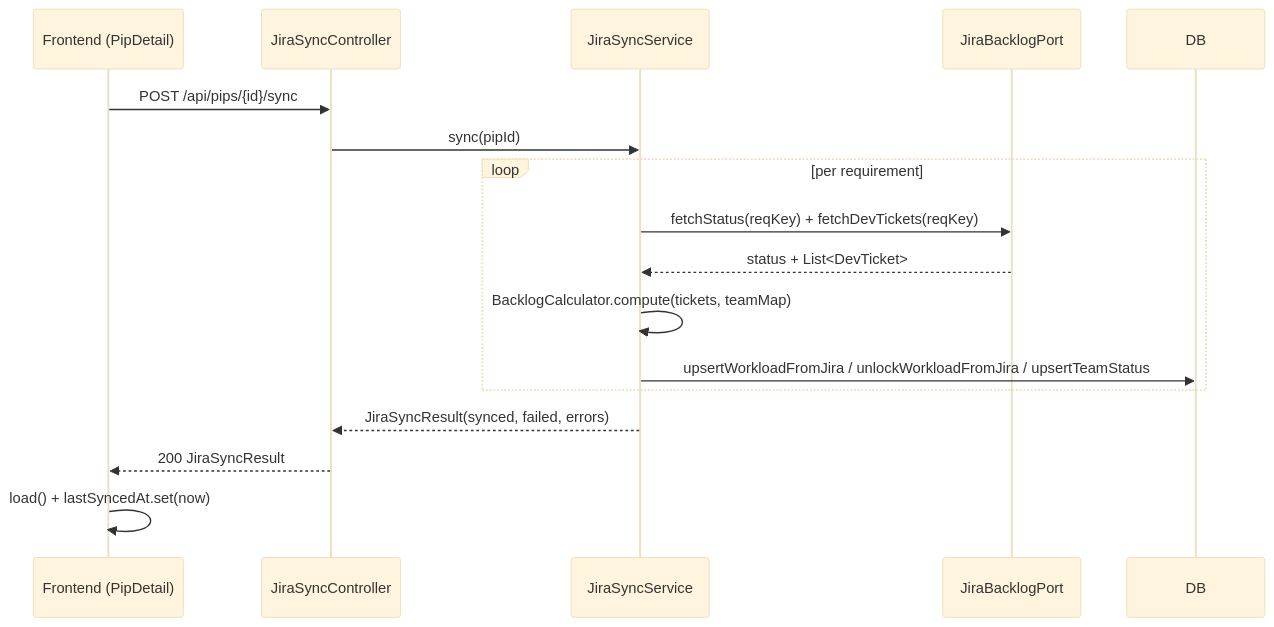
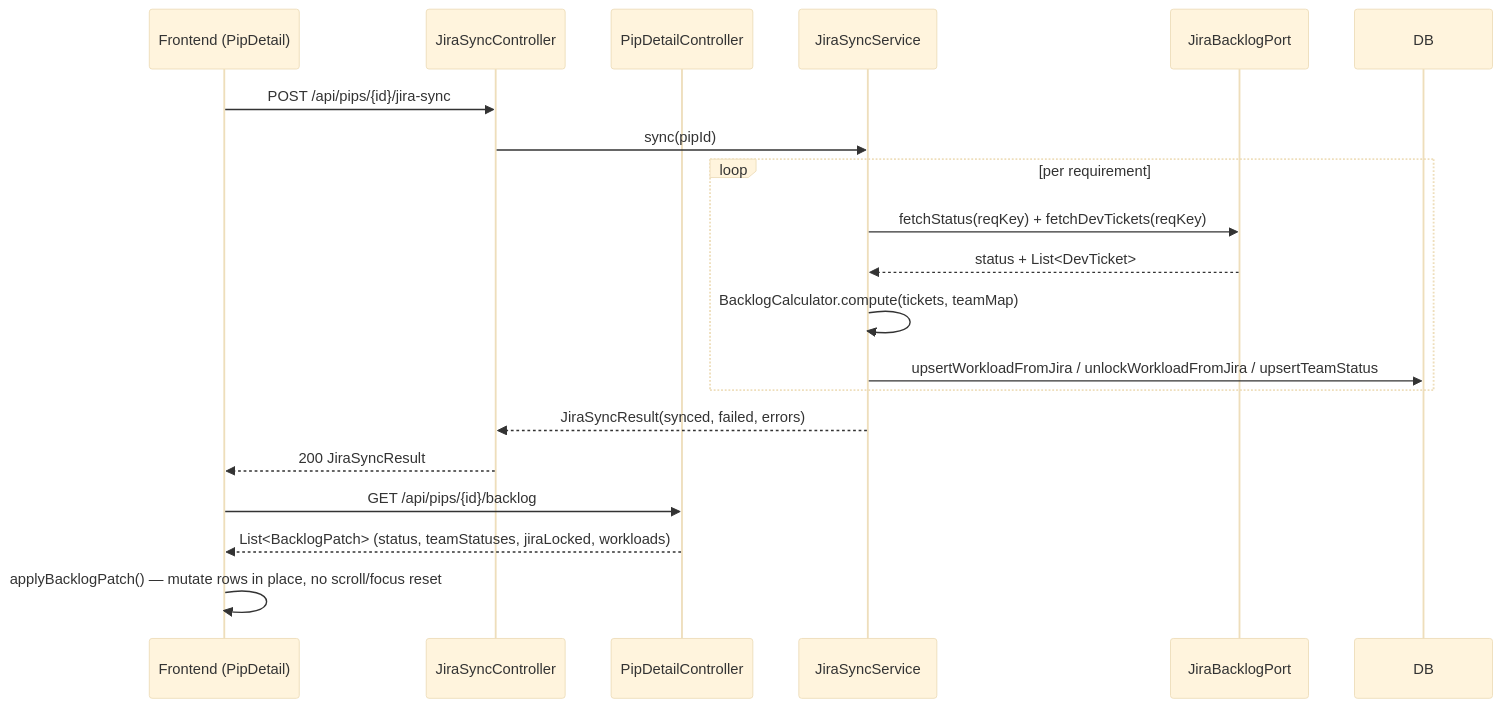
One commit to fredericgenon-commits/pip-assistant changed the eighth of 8 diagrams in doc/technical.md. Above: the diagram before and after it, drawn with Mermaid (base theme). The commit also changed other lines of this file and 7 other files, not shown here.

First line of the commit message:
feat: non-disruptive JIRA sync — patch rows in place, preserve scroll/focus/edits

````diff
--- a/doc/technical.md
+++ b/doc/technical.md
@@ -425,20 +434,23 @@
 ```mermaid
 sequenceDiagram
     participant F as Frontend (PipDetail)
     participant C as JiraSyncController
+    participant DC as PipDetailController
     participant S as JiraSyncService
     participant J as JiraBacklogPort
     participant D as DB
 
-    F->>C: POST /api/pips/{id}/sync
+    F->>C: POST /api/pips/{id}/jira-sync
     C->>S: sync(pipId)
     loop per requirement
         S->>J: fetchStatus(reqKey) + fetchDevTickets(reqKey)
         J-->>S: status + List<DevTicket>
         S->>S: BacklogCalculator.compute(tickets, teamMap)
         S->>D: upsertWorkloadFromJira / unlockWorkloadFromJira / upsertTeamStatus
     end
     S-->>C: JiraSyncResult(synced, failed, errors)
     C-->>F: 200 JiraSyncResult
-    F->>F: load() + lastSyncedAt.set(now)
+    F->>DC: GET /api/pips/{id}/backlog
+    DC-->>F: List<BacklogPatch> (status, teamStatuses, jiraLocked, workloads)
+    F->>F: applyBacklogPatch() — mutate rows in place, no scroll/focus reset
 ```
````
